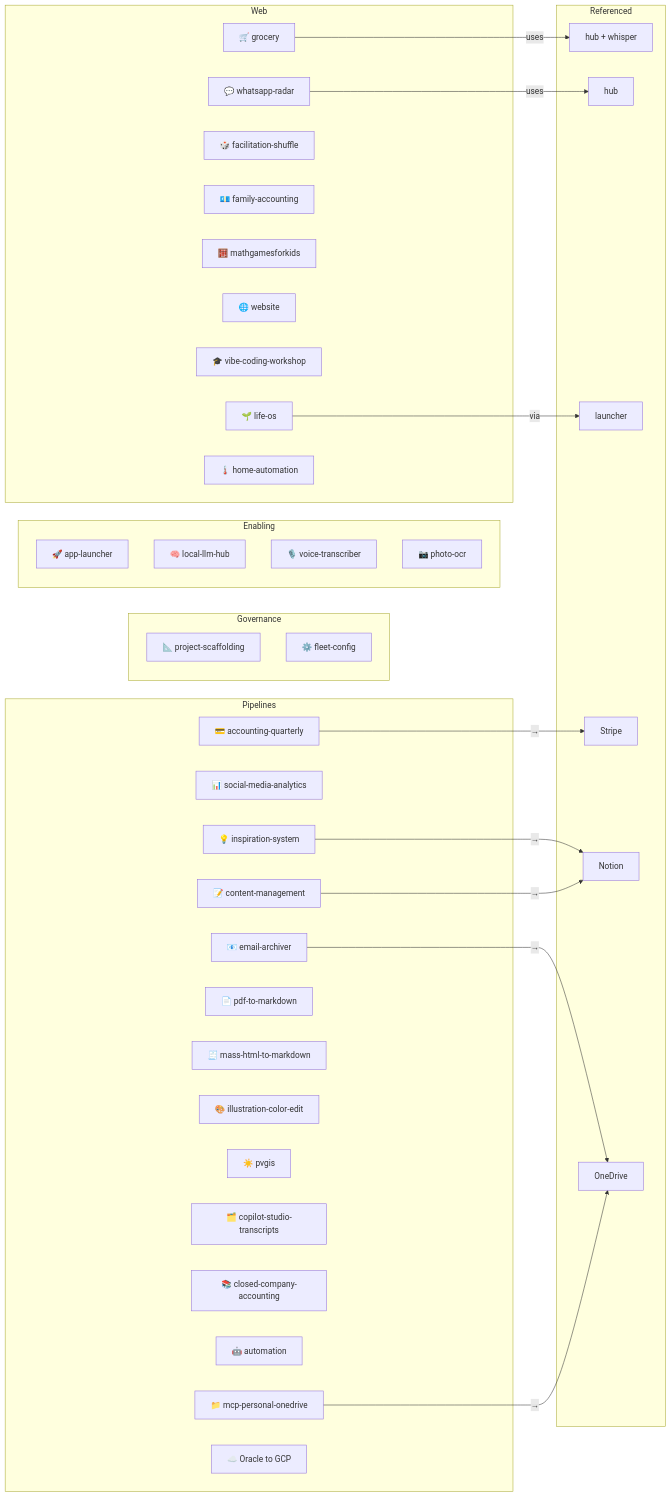
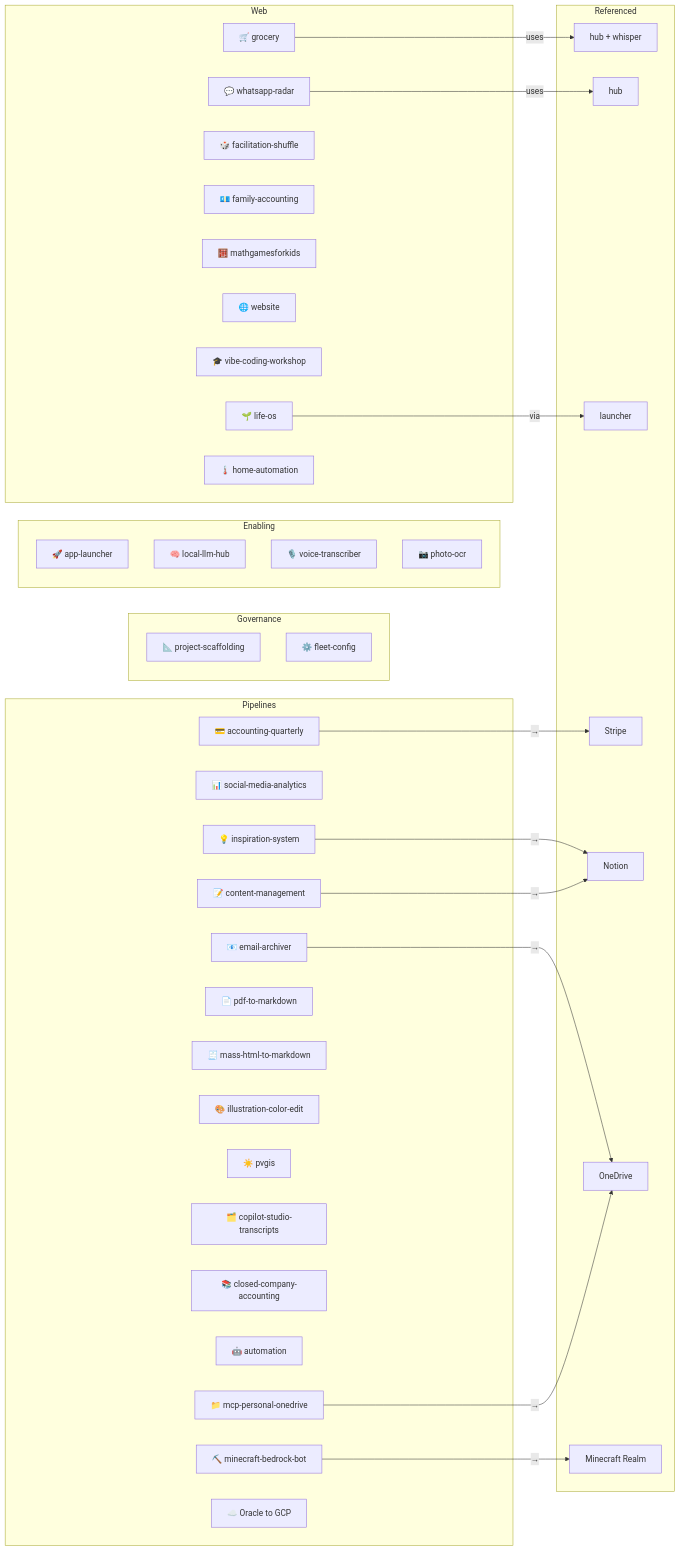
The diagram in architecture/system-map.mmd (ferraroroberto/fleet-config), drawn with Mermaid before and after one commit. The commit also changed 7 other files, not shown here.

```diff
--- a/architecture/system-map.mmd
+++ b/architecture/system-map.mmd
@@ -1,57 +1,60 @@
 %% architecture/system-map.mmd — Mermaid rendering of architecture/fleet.data.js.
 %% GENERATED by .claude/skills/system-map/render_mermaid.py — DO NOT hand-edit.
 %% Regenerate: E:/automation/fleet-config/.venv/Scripts/python.exe .claude/skills/system-map/render_mermaid.py
 flowchart LR
   subgraph governance["Governance"]
     project_scaffolding["📐 project-scaffolding"]
     fleet_config["⚙️ fleet-config"]
   end
   subgraph enabling["Enabling"]
     app_launcher["🚀 app-launcher"]
     local_llm_hub["🧠 local-llm-hub"]
     voice_transcriber["🎙️ voice-transcriber"]
     photo_ocr["📷 photo-ocr"]
   end
   subgraph web["Web"]
     grocery_shopping_automation["🛒 grocery"]
     whatsapp_radar["💬 whatsapp-radar"]
     facilitation_shuffle["🎲 facilitation-shuffle"]
     family_accounting["💶 family-accounting"]
     mathgamesforkids["🧮 mathgamesforkids"]
     website["🌐 website"]
     vibe_coding_workshop["🎓 vibe-coding-workshop"]
     life_os["🌱 life-os"]
     home_automation["🌡️ home-automation"]
   end
   subgraph pipe["Pipelines"]
     accounting_quarterly["💳 accounting-quarterly"]
     social_media_analytics["📊 social-media-analytics"]
     inspiration_system["💡 inspiration-system"]
     content_management["📝 content-management"]
     email_archiver["📧 email-archiver"]
     pdf_to_markdown["📄 pdf-to-markdown"]
     mass_html_to_markdown["🧾 mass-html-to-markdown"]
     illustration_color_edit["🎨 illustration-color-edit"]
     pvgis["☀️ pvgis"]
     copilot_studio_transcripts["🗂️ copilot-studio-transcripts"]
     closed_company_accounting["📚 closed-company-accounting"]
     automation["🤖 automation"]
     mcp_personal_onedrive["📁 mcp-personal-onedrive"]
+    minecraft_bedrock_bot["⛏️ minecraft-bedrock-bot"]
     oracle_to_gcp["☁️ Oracle to GCP"]
   end
   subgraph targets["Referenced"]
     t_hub_whisper["hub + whisper"]
     t_hub["hub"]
     t_launcher["launcher"]
     t_stripe["Stripe"]
     t_notion["Notion"]
     t_onedrive["OneDrive"]
+    t_minecraft_realm["Minecraft Realm"]
   end
   grocery_shopping_automation -->|uses| t_hub_whisper
   whatsapp_radar -->|uses| t_hub
   life_os -->|via| t_launcher
   accounting_quarterly -->|→| t_stripe
   inspiration_system -->|→| t_notion
   content_management -->|→| t_notion
   email_archiver -->|→| t_onedrive
   mcp_personal_onedrive -->|→| t_onedrive
+  minecraft_bedrock_bot -->|→| t_minecraft_realm
```
